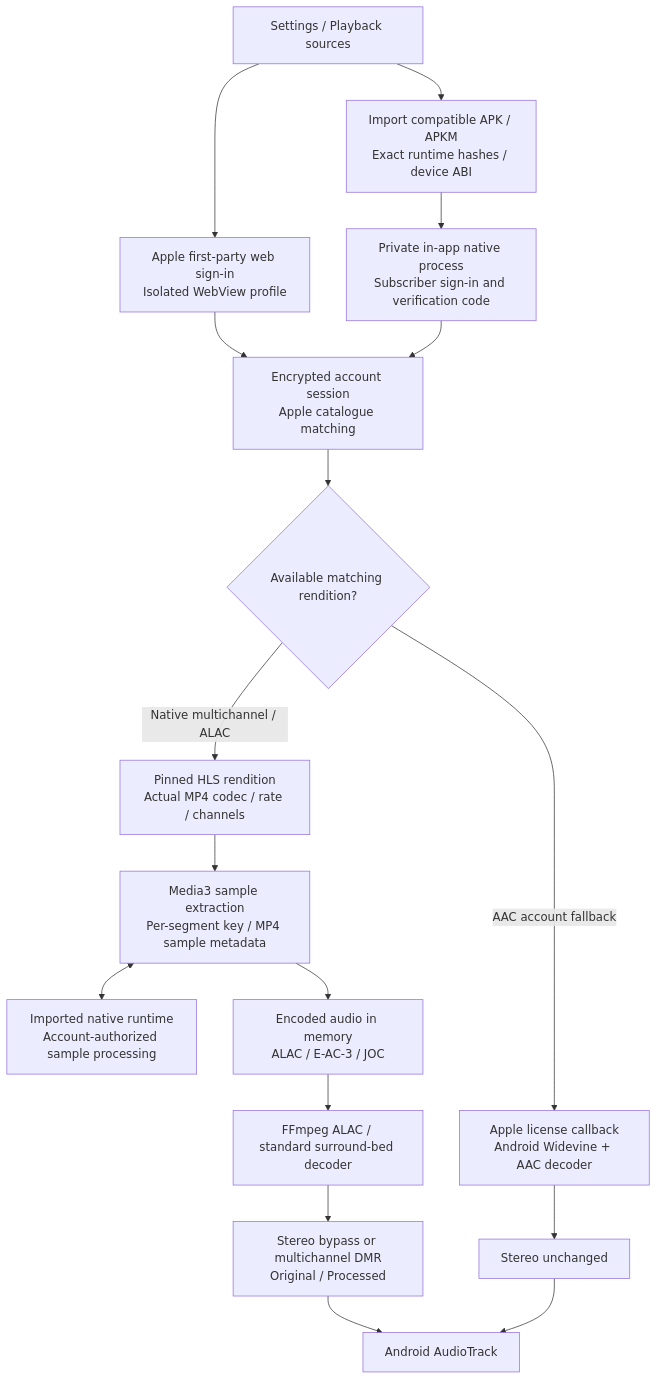
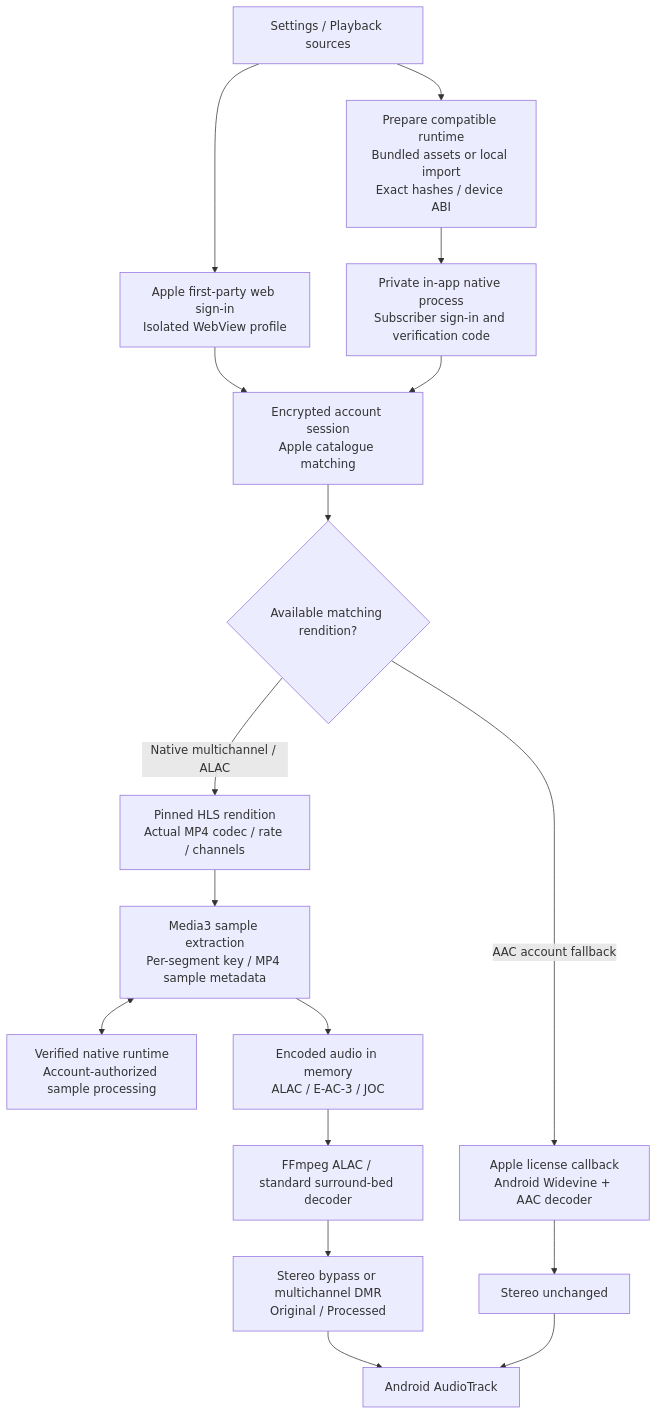
Before and after one commit to Pradyumna-RN/omni_play: the third of 4 diagrams in README.md, drawn with Mermaid. The commit also changed other lines of this file and 25 other files, not shown here.

````diff
--- a/README.md
+++ b/README.md
@@ -125,19 +136,19 @@
 ```mermaid
 flowchart TB
     SETTINGS["Settings / Playback sources"] --> WEB["Apple first-party web sign-in<br/>Isolated WebView profile"]
-    SETTINGS --> IMPORT["Import compatible APK / APKM<br/>Exact runtime hashes / device ABI"]
+    SETTINGS --> IMPORT["Prepare compatible runtime<br/>Bundled assets or local import<br/>Exact hashes / device ABI"]
     IMPORT --> NATIVE["Private in-app native process<br/>Subscriber sign-in and verification code"]
     WEB --> SESSION["Encrypted account session<br/>Apple catalogue matching"]
     NATIVE --> SESSION
     SESSION --> CHOICE{"Available matching rendition?"}
     CHOICE -->|"Native multichannel / ALAC"| HLS["Pinned HLS rendition<br/>Actual MP4 codec / rate / channels"]
     HLS --> DEMUX["Media3 sample extraction<br/>Per-segment key / MP4 sample metadata"]
-    DEMUX <--> SDK["Imported native runtime<br/>Account-authorized sample processing"]
+    DEMUX <--> SDK["Verified native runtime<br/>Account-authorized sample processing"]
     DEMUX --> CLEAR["Encoded audio in memory<br/>ALAC / E-AC-3 / JOC"]
     CLEAR --> DECODE["FFmpeg ALAC / standard surround-bed decoder"]
     DECODE --> PCM["Stereo bypass or multichannel DMR<br/>Original / Processed"]
     CHOICE -->|"AAC account fallback"| DRM["Apple license callback<br/>Android Widevine + AAC decoder"]
     DRM --> STEREO["Stereo unchanged"]
     PCM --> OUT["Android AudioTrack"]
     STEREO --> OUT
 ```
````
